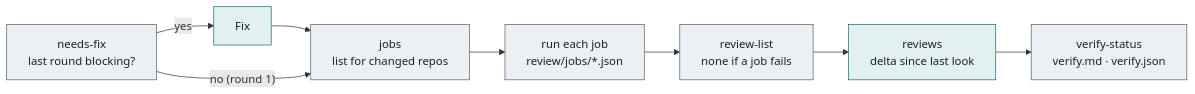
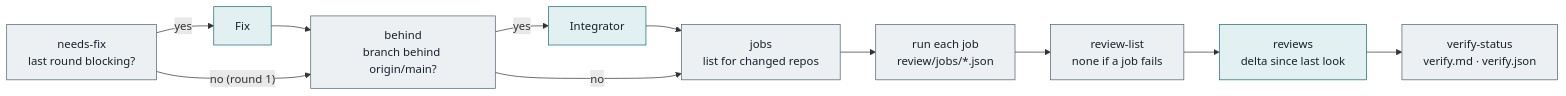
Before and after one commit to elinasarvari/ai-immersion-metarepo: the third of 3 diagrams in docs/workflow-architecture.md, drawn with Mermaid. The commit also changed other lines of this file and 13 other files, not shown here.

First line of the commit message:
feat(workflow): integrator agent merges main into the feature branch during the verify loop

````diff
--- a/docs/workflow-architecture.md
+++ b/docs/workflow-architecture.md
@@ -117,16 +118,20 @@
 ```mermaid
 flowchart LR
     nf["needs-fix<br/>last round blocking?"]:::script
     fix["Fix"]:::ai
+    bh["behind<br/>branch behind origin/main?"]:::script
+    ig["Integrator"]:::ai
     jl["jobs<br/>list for changed repos"]:::script
     run["run each job<br/>review/jobs/*.json"]:::script
     rl["review-list<br/>none if a job fails"]:::script
     rv["reviews<br/>delta since last look"]:::ai
     vs["verify-status<br/>verify.md · verify.json"]:::script
-    nf -- yes --> fix --> jl
-    nf -- "no (round 1)" --> jl
+    nf -- yes --> fix --> bh
+    nf -- "no (round 1)" --> bh
+    bh -- yes --> ig --> jl
+    bh -- no --> jl
     jl --> run --> rl --> rv --> vs
 
     classDef ai fill:#E2F0F1,stroke:#1D6B74,color:#17212B
     classDef script fill:#EDF0F3,stroke:#536273,color:#17212B
 ```
````
